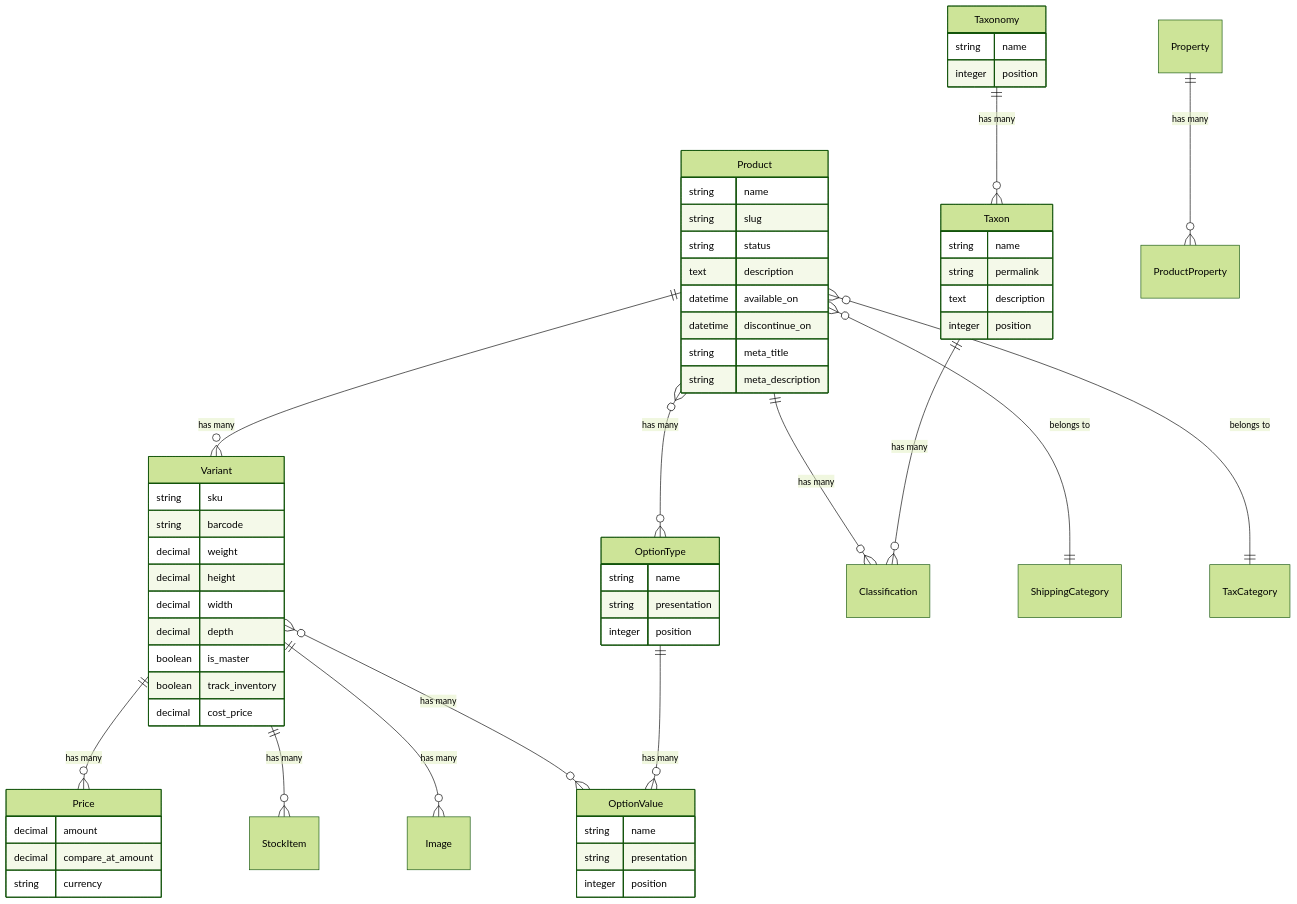
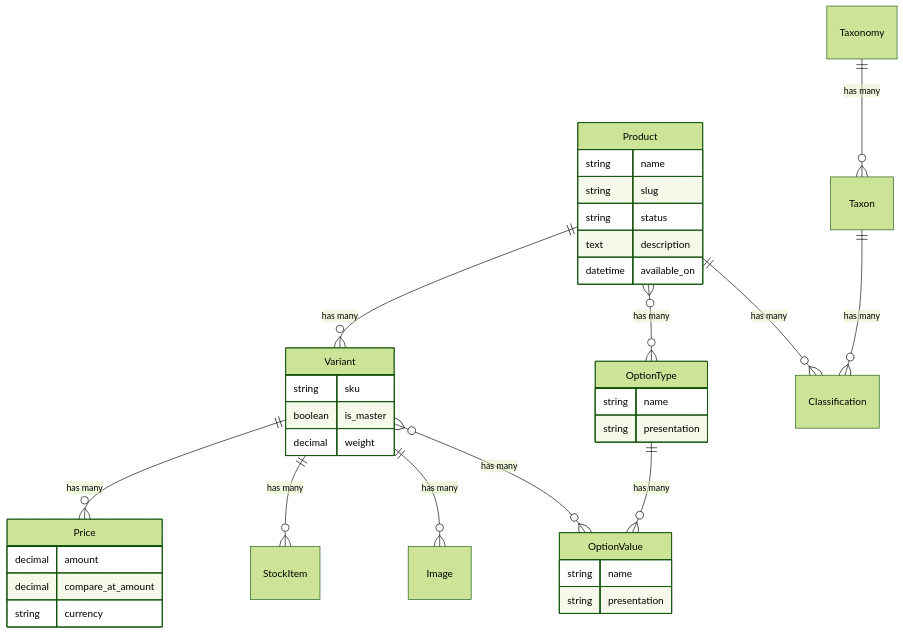
The diagram in docs/developer/core-concepts/products.mdx (spree/spree), drawn with Mermaid (forest theme) before and after one commit. The commit also changed other lines of this file and 21 other files, not shown here.

````diff
--- a/docs/developer/core-concepts/products.mdx
+++ b/docs/developer/core-concepts/products.mdx
@@ -15,69 +16,43 @@
 ```mermaid
 erDiagram
+    Product ||--o{ Variant : "has many"
+    Product }o--o{ OptionType : "has many"
+    Product ||--o{ Classification : "has many"
+    Variant ||--o{ Price : "has many"
+    Variant ||--o{ StockItem : "has many"
+    Variant ||--o{ Image : "has many"
+    Variant }o--o{ OptionValue : "has many"
+    OptionType ||--o{ OptionValue : "has many"
+    Taxon ||--o{ Classification : "has many"
+    Taxonomy ||--o{ Taxon : "has many"
+
     Product {
         string name
         string slug
         string status
         text description
         datetime available_on
-        datetime discontinue_on
-        string meta_title
-        string meta_description
     }
 
     Variant {
         string sku
-        string barcode
+        boolean is_master
         decimal weight
-        decimal height
-        decimal width
-        decimal depth
-        boolean is_master
-        boolean track_inventory
-        decimal cost_price
     }
 
     Price {
         decimal amount
         decimal compare_at_amount
         string currency
     }
 
     OptionType {
         string name
         string presentation
-        integer position
     }
 
     OptionValue {
         string name
         string presentation
-        integer position
     }
-
-    Taxon {
-        string name
-        string permalink
-        text description
-        integer position
-    }
-
-    Taxonomy {
-        string name
-        integer position
-    }
-
-    Product ||--o{ Variant : "has many"
-    Product }o--o{ OptionType : "has many"
-    Product ||--o{ Classification : "has many"
-    Product }o--|| ShippingCategory : "belongs to"
-    Product }o--|| TaxCategory : "belongs to"
-    Variant ||--o{ Price : "has many"
-    Variant ||--o{ StockItem : "has many"
-    Variant ||--o{ Image : "has many"
-    Variant }o--o{ OptionValue : "has many"
-    OptionType ||--o{ OptionValue : "has many"
-    Taxon ||--o{ Classification : "has many"
-    Taxonomy ||--o{ Taxon : "has many"
-    Property ||--o{ ProductProperty : "has many"
 ```
````
